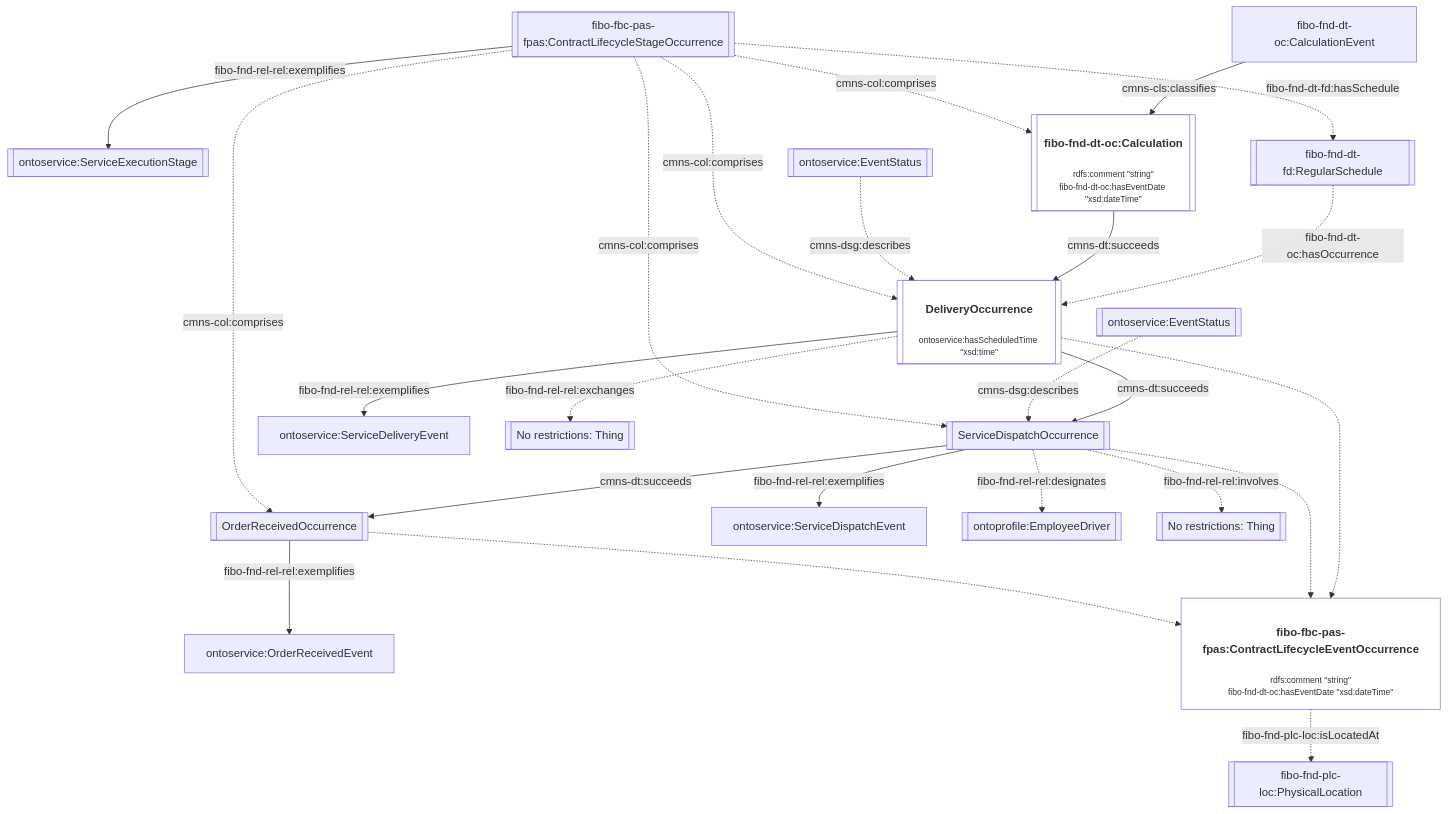
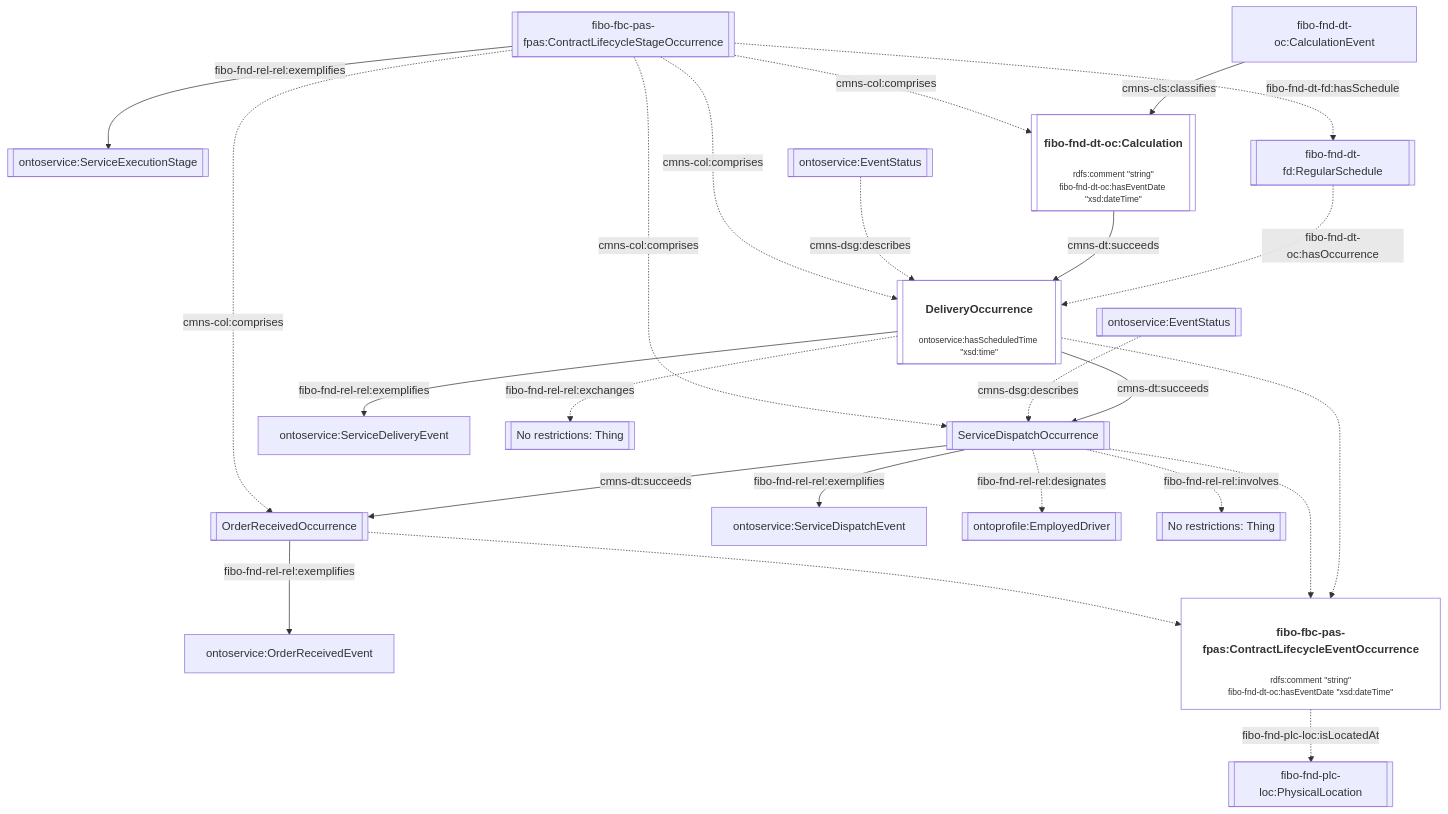
The eighth of 12 diagrams in JPS_Ontology/ontology/ontoservice/README.md (cambridge-cares/TheWorldAvatar), drawn with Mermaid before and after one commit. The commit also changed 4 other files, not shown here.

Commit message:
dev-service-execution-ontology-extension: rename employee driver to employed driver

````diff
--- a/JPS_Ontology/ontology/ontoservice/README.md
+++ b/JPS_Ontology/ontology/ontoservice/README.md
@@ -349,37 +349,37 @@
 ```mermaid
 flowchart TD
     %% Styling
     classDef literal fill:none
     classDef node overflow-wrap:break-word,text-wrap:pretty
     linkStyle default overflow-wrap:break-word,text-wrap:pretty;
 
     %% Contents
     StageOccurrence[[fibo-fbc-pas-fpas:ContractLifecycleStageOccurrence]] -- fibo-fnd-rel-rel:exemplifies --> ServiceExecutionStage[[ontoservice:ServiceExecutionStage]]
 
     StageOccurrence -. cmns-col:comprises .-> OrderReceivedOccurrence[[OrderReceivedOccurrence]]
     OrderReceivedOccurrence -- fibo-fnd-rel-rel:exemplifies --> OrderReceivedEvent[ontoservice:OrderReceivedEvent]
     OrderReceivedOccurrence -.-> EventOccurrence["<h4>fibo-fbc-pas-fpas:ContractLifecycleEventOccurrence</h4><p style='font-size:0.75rem;'>rdfs:comment &quot;string&quot;<br>fibo-fnd-dt-oc:hasEventDate &quot;xsd:dateTime&quot;</p>"]:::literal
 
     StageOccurrence -. cmns-col:comprises .-> DispatchOccurrence[[ServiceDispatchOccurrence]]
     DispatchOccurrence -- fibo-fnd-rel-rel:exemplifies --> ServiceDispatchEvent[ontoservice:ServiceDispatchEvent]
     DispatchOccurrence -.-> EventOccurrence
     DispatchOccurrence -- cmns-dt:succeeds --> OrderReceivedOccurrence
     DispatchEventStatus[[ontoservice:EventStatus]] -. cmns-dsg:describes .-> DispatchOccurrence
 
     StageOccurrence -. cmns-col:comprises .-> DeliveryOccurrence[["<h4>DeliveryOccurrence</h4><p style='font-size:0.75rem;'>ontoservice:hasScheduledTime &quot;xsd:time&quot;</p>"]]:::literal
     DeliveryOccurrence -- fibo-fnd-rel-rel:exemplifies --> ServiceDeliveryEvent[ontoservice:ServiceDeliveryEvent]
     DeliveryOccurrence -.-> EventOccurrence
     DeliveryOccurrence -- cmns-dt:succeeds --> DispatchOccurrence
     DeliveryEventStatus[[ontoservice:EventStatus]] -. cmns-dsg:describes .-> DeliveryOccurrence
 
     StageOccurrence -. cmns-col:comprises .-> Calculation[["<h4>fibo-fnd-dt-oc:Calculation</h4><p style='font-size:0.75rem;'>rdfs:comment &quot;string&quot;<br>fibo-fnd-dt-oc:hasEventDate &quot;xsd:dateTime&quot;</p>"]]:::literal
     CalculationEvent[fibo-fnd-dt-oc:CalculationEvent] -- cmns-cls:classifies --> Calculation
     Calculation -- cmns-dt:succeeds --> DeliveryOccurrence
 
     StageOccurrence -. fibo-fnd-dt-fd:hasSchedule .-> Schedule[[fibo-fnd-dt-fd:RegularSchedule]]
     Schedule -. fibo-fnd-dt-oc:hasOccurrence .-> DeliveryOccurrence
-    DispatchOccurrence -. fibo-fnd-rel-rel:designates .-> Driver[[ontoprofile:EmployeeDriver]]
+    DispatchOccurrence -. fibo-fnd-rel-rel:designates .-> Driver[[ontoprofile:EmployedDriver]]
     DispatchOccurrence -. fibo-fnd-rel-rel:involves .-> AssignableThing[[No restrictions: Thing]]
     DeliveryOccurrence -. fibo-fnd-rel-rel:exchanges .->  ExchangeableThing[[No restrictions: Thing]]
     EventOccurrence -. fibo-fnd-plc-loc:isLocatedAt .-> Location[[fibo-fnd-plc-loc:PhysicalLocation]]
 ```
````
